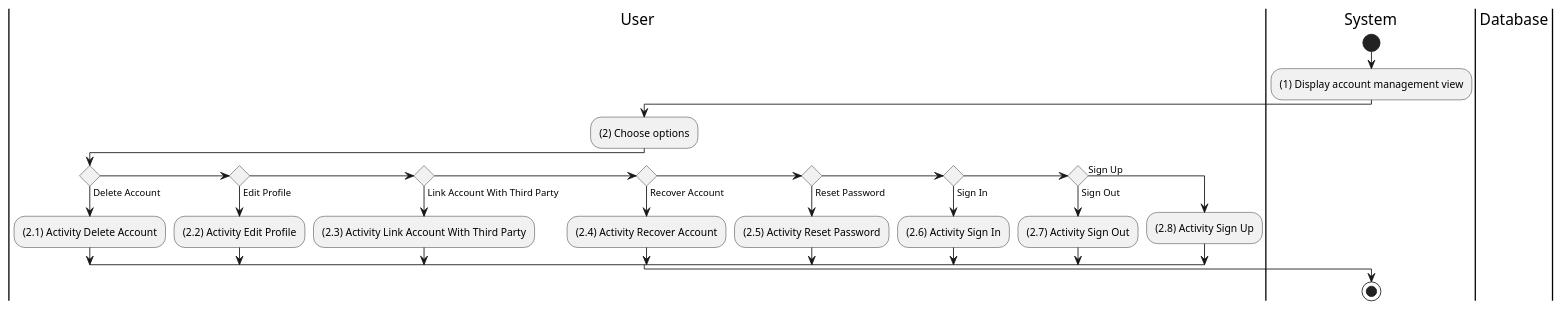
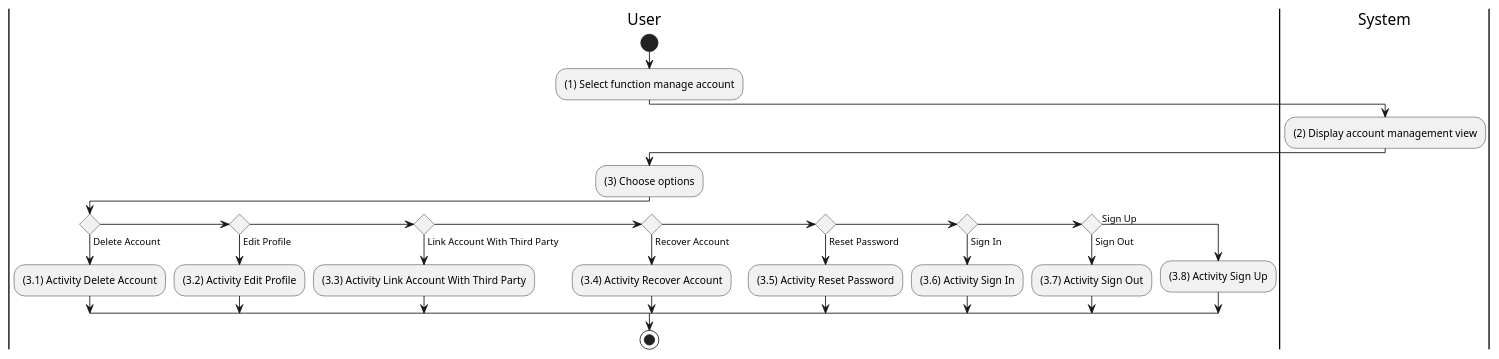
One commit to electricilies/electricilies.github.io changed the diagram in docs/software-docs/activity/manage-account/manage-account.md. Above: the diagram before and after it, drawn with PlantUML. The commit also changed 47 other files, not shown here.

````diff
--- a/docs/software-docs/activity/manage-account/manage-account.md
+++ b/docs/software-docs/activity/manage-account/manage-account.md
@@ -3,34 +3,33 @@
 ```plantuml
 @startuml
 |U|User
 |S|System
-|D|Database
-
-|S|
-start
-:(1) Display account management view;
 
 |U|
-:(2) Choose options;
+start
+:(1) Select function manage account;
+|S|
+:(2) Display account management view;
+|U|
+:(3) Choose options;
 if () then (Delete Account)
-  :(2.1) Activity Delete Account;
+  :(3.1) Activity Delete Account;
 elseif () then (Edit Profile)
-  :(2.2) Activity Edit Profile;
+  :(3.2) Activity Edit Profile;
 elseif () then (Link Account With Third Party)
-  :(2.3) Activity Link Account With Third Party;
+  :(3.3) Activity Link Account With Third Party;
 elseif () then (Recover Account)
-  :(2.4) Activity Recover Account;
+  :(3.4) Activity Recover Account;
 elseif () then (Reset Password)
-  :(2.5) Activity Reset Password;
+  :(3.5) Activity Reset Password;
 elseif () then (Sign In)
-  :(2.6) Activity Sign In;
+  :(3.6) Activity Sign In;
 elseif () then (Sign Out)
-  :(2.7) Activity Sign Out;
+  :(3.7) Activity Sign Out;
 else (Sign Up)
-  :(2.8) Activity Sign Up;
+  :(3.8) Activity Sign Up;
 endif
-
-|S|
+|U|
 stop
 @enduml
 ```
````
